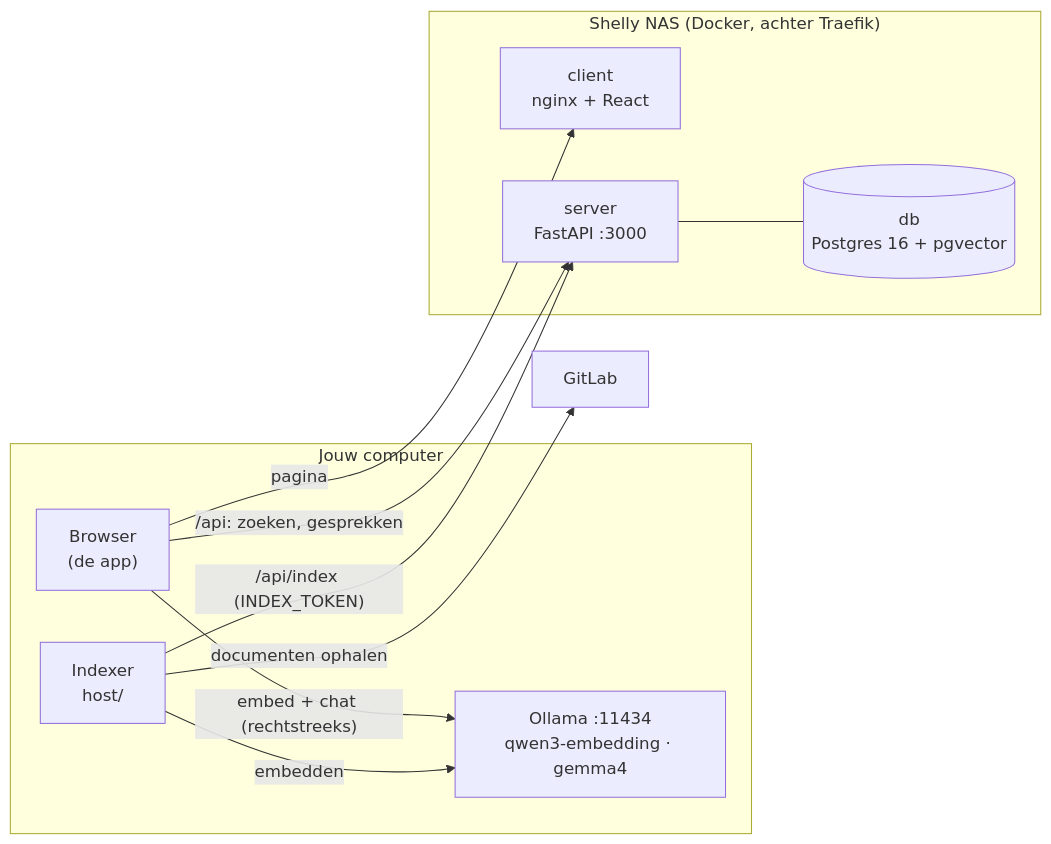
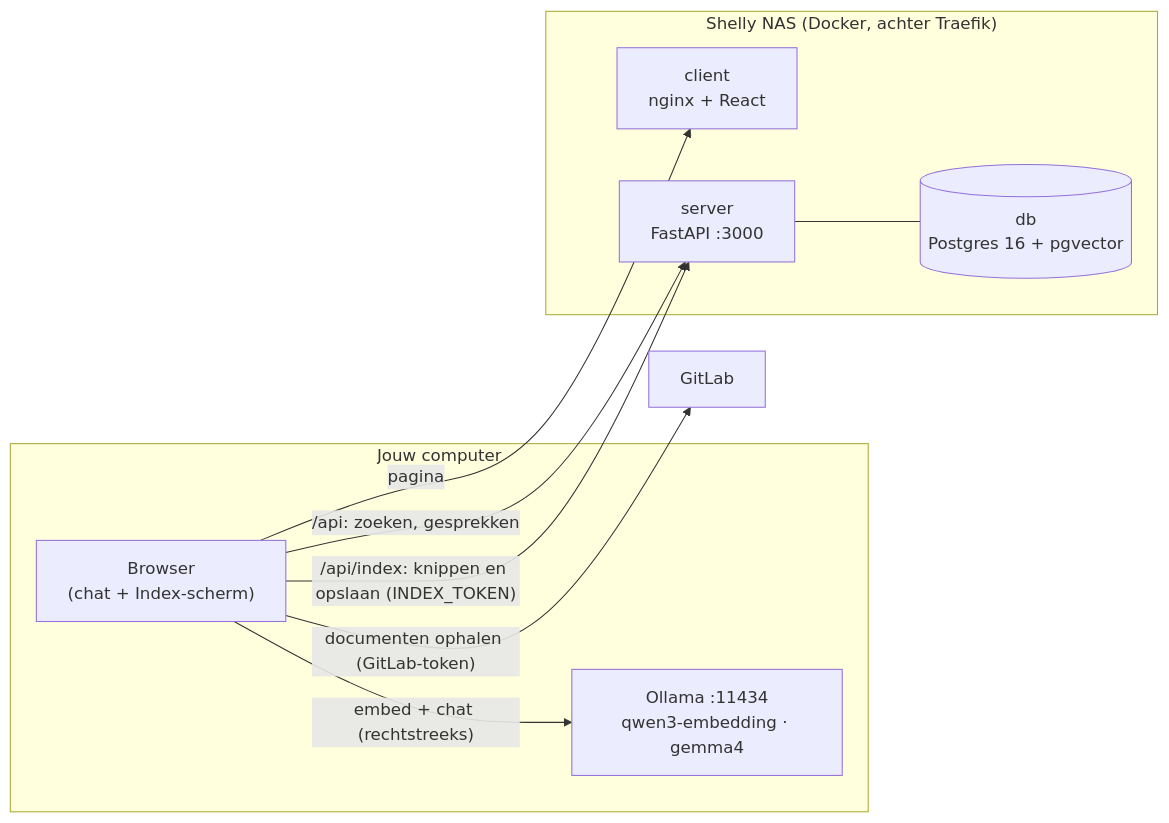
One commit to shelly-nas/shelly-chat changed the diagram in README.md. Above: the diagram before and after it, drawn with Mermaid. The commit also changed other lines of this file and 33 other files, not shown here.

First line of the commit message:
feat: index GitLab sources from an Index screen in the app

````diff
--- a/README.md
+++ b/README.md
@@ -14,22 +14,20 @@
 ```mermaid
 flowchart LR
     subgraph PC["Jouw computer"]
-        B["Browser<br/>(de app)"]
+        B["Browser<br/>(chat + Index-scherm)"]
         O["Ollama :11434<br/>qwen3-embedding · gemma4"]
-        I["Indexer<br/>host/"]
     end
     subgraph NAS["Shelly NAS (Docker, achter Traefik)"]
         C["client<br/>nginx + React"]
         S["server<br/>FastAPI :3000"]
         D[("db<br/>Postgres 16 + pgvector")]
     end
     G["GitLab"]
 
     B -- "pagina" --> C
     B -- "/api: zoeken, gesprekken" --> S
     B -- "embed + chat (rechtstreeks)" --> O
+    B -- "documenten ophalen (GitLab-token)" --> G
+    B -- "/api/index: knippen en opslaan (INDEX_TOKEN)" --> S
     S --- D
-    I -- "documenten ophalen" --> G
-    I -- "embedden" --> O
-    I -- "/api/index (INDEX_TOKEN)" --> S
 ```
````
